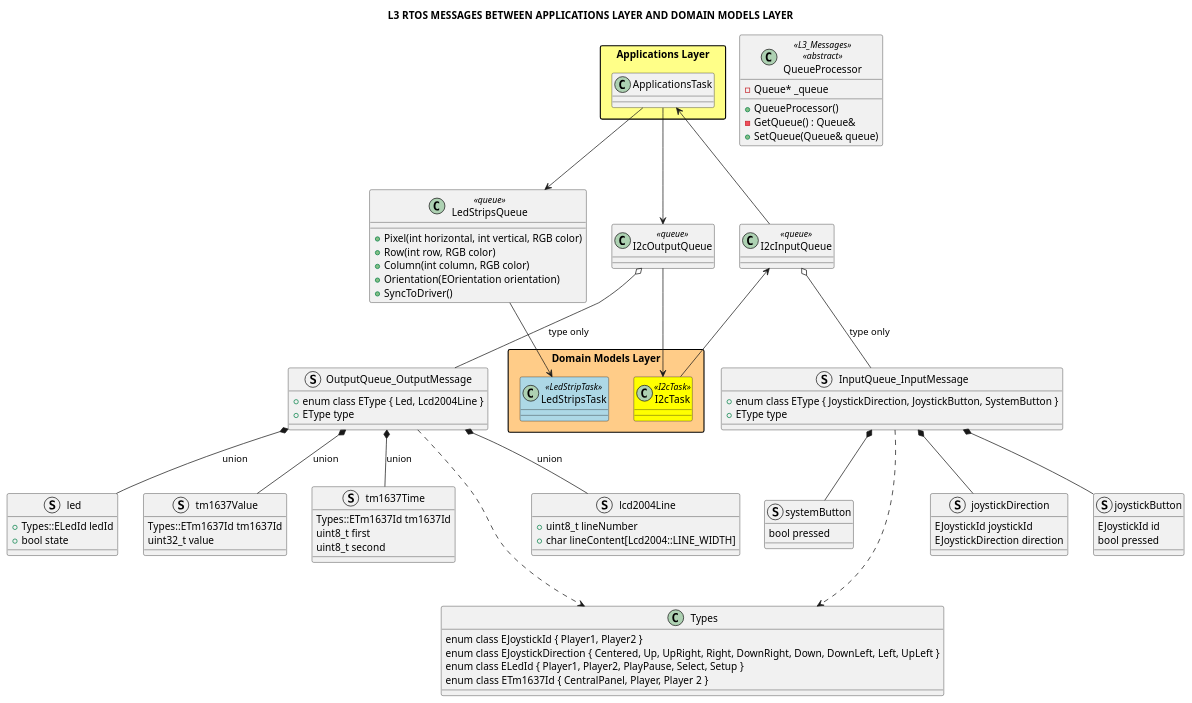
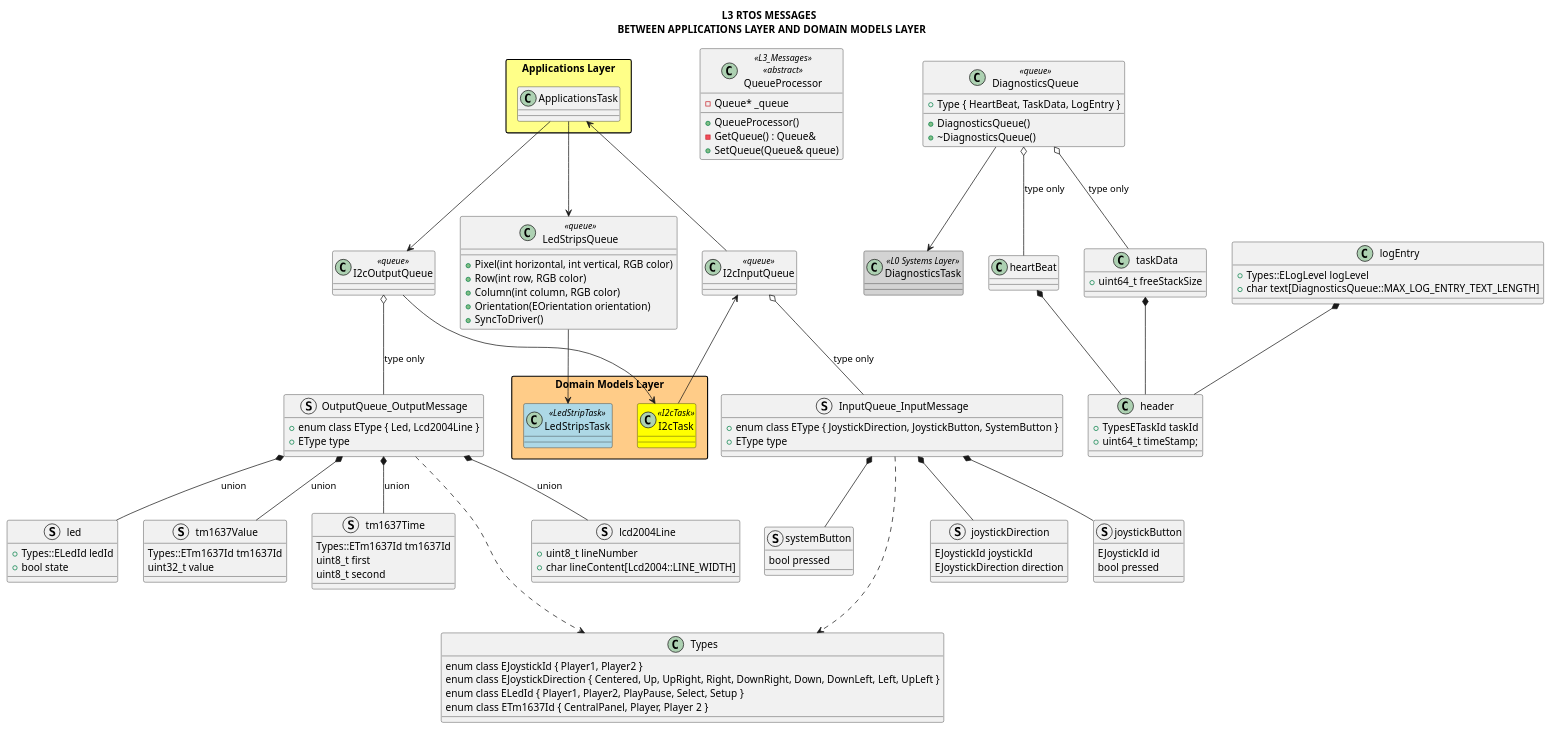
The diagram in Docs/Software Design/Layers/L3_messages.puml (michelkeijzers/fraxis), drawn with PlantUML before and after one commit. The commit also changed other lines of this file and 107 other files, not shown here.

```diff
--- a/Docs/Software Design/Layers/L3_messages.puml
+++ b/Docs/Software Design/Layers/L3_messages.puml
@@ -1,134 +1,177 @@
 @startuml
 
-title L3 RTOS MESSAGES BETWEEN APPLICATIONS LAYER AND DOMAIN MODELS LAYER
+title L3 RTOS MESSAGES \n BETWEEN APPLICATIONS LAYER AND DOMAIN MODELS LAYER
 
 skinparam packageStyle rectangle
 skinparam lineThickness 2
 
 '------------------------------------------------------------------------------------------------
 '                           APPLICATIONS LAYER 
 '------------------------------------------------------------------------------------------------
 
 package "Applications Layer" #ff8
 {
     class ApplicationsTask {}
 } 
 
 class Types
 {
     enum class EJoystickId { Player1, Player2 }
     enum class EJoystickDirection { Centered, Up, UpRight, Right, DownRight, Down, DownLeft, Left, UpLeft }
     enum class ELedId { Player1, Player2, PlayPause, Select, Setup }
     enum class ETm1637Id { CentralPanel, Player, Player 2 }
 }
 
 class LedStripsQueue <<queue>> 
 {
     + Pixel(int horizontal, int vertical, RGB color)
     + Row(int row, RGB color)
     + Column(int column, RGB color)
     + Orientation(EOrientation orientation)
     + SyncToDriver()
 }
 
 class I2cOutputQueue <<queue>> 
 {
 }
 
 struct OutputQueue_OutputMessage
 {
     + enum class EType { Led, Lcd2004Line }
     + EType type
 }
 
 struct lcd2004Line 
 {
     + uint8_t lineNumber
     + char lineContent[Lcd2004::LINE_WIDTH]
 }
 
 struct led
 {
     + Types::ELedId ledId
     + bool state
 }
 
 struct tm1637Value
 {
     Types::ETm1637Id tm1637Id
     uint32_t value
 } 
 
 struct tm1637Time
 {
     Types::ETm1637Id tm1637Id
     uint8_t first
     uint8_t second
 }
 
 OutputQueue_OutputMessage *-- led : union
 OutputQueue_OutputMessage *-- lcd2004Line : union
 OutputQueue_OutputMessage *-- tm1637Value : union
 OutputQueue_OutputMessage *-- tm1637Time : union
 
 I2cOutputQueue o-- OutputQueue_OutputMessage : type only
 
 class I2cInputQueue <<queue>> 
 {
 }
 
 ApplicationsTask --> LedStripsQueue
 ApplicationsTask --> I2cOutputQueue
 ApplicationsTask <-- I2cInputQueue
 
 struct InputQueue_InputMessage
 {
     + enum class EType { JoystickDirection, JoystickButton, SystemButton }
     + EType type
 }
 
 I2cInputQueue o-- InputQueue_InputMessage: type only
 
 OutputQueue_OutputMessage ...> Types
 InputQueue_InputMessage ...> Types
 
 class QueueProcessor <<L3_Messages>> <<abstract>>
 {
     + QueueProcessor()
     - GetQueue() : Queue&
     + SetQueue(Queue& queue)
     - Queue* _queue
 }
 
 struct joystickDirection
 {
     EJoystickId joystickId
     EJoystickDirection direction
 }
 
 struct joystickButton
 {
     EJoystickId id
     bool pressed
 } 
 
 struct systemButton
 {
     bool pressed
 } 
 
 InputQueue_InputMessage *-- joystickDirection
 InputQueue_InputMessage *-- joystickButton
 InputQueue_InputMessage *-- systemButton
 
 package "Domain Models Layer" as DomainModelsLayer #fc8
 {
     class I2cTask <<I2cTask>> #yellow
     class LedStripsTask <<LedStripTask>> #lightblue
 }
 
 LedStripsQueue --> LedStripsTask
 I2cOutputQueue --> I2cTask
 I2cInputQueue <-- I2cTask
 
+class DiagnosticsTask <<L0 Systems Layer>> #lightgrey
+{
+}
+
+class DiagnosticsQueue <<queue>> 
+{
+    + DiagnosticsQueue()
+    + ~DiagnosticsQueue()
+    + Type { HeartBeat, TaskData, LogEntry }
+}
+
+DiagnosticsQueue --> DiagnosticsTask
+
+class header 
+{
+    + TypesETaskId taskId
+    + uint64_t timeStamp; 
+}
+
+class heartBeat
+{
+}
+
+heartBeat *-- header
+
+class taskData
+{
+    + uint64_t freeStackSize
+}
+
+taskData *-- header
+
+class logEntry
+{
+    + Types::ELogLevel logLevel
+    + char text[DiagnosticsQueue::MAX_LOG_ENTRY_TEXT_LENGTH]
+}
+
+logEntry *-- header
+
+DiagnosticsQueue o-- heartBeat : type only
+DiagnosticsQueue o-- taskData : type only
+
 @enduml
```
